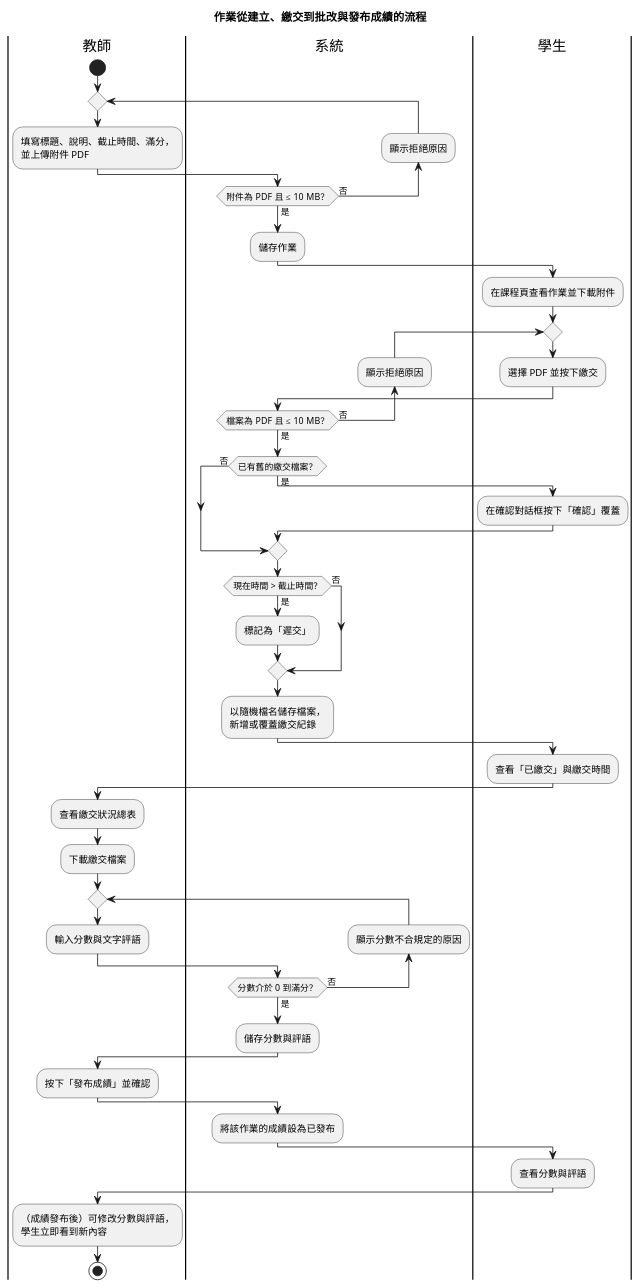
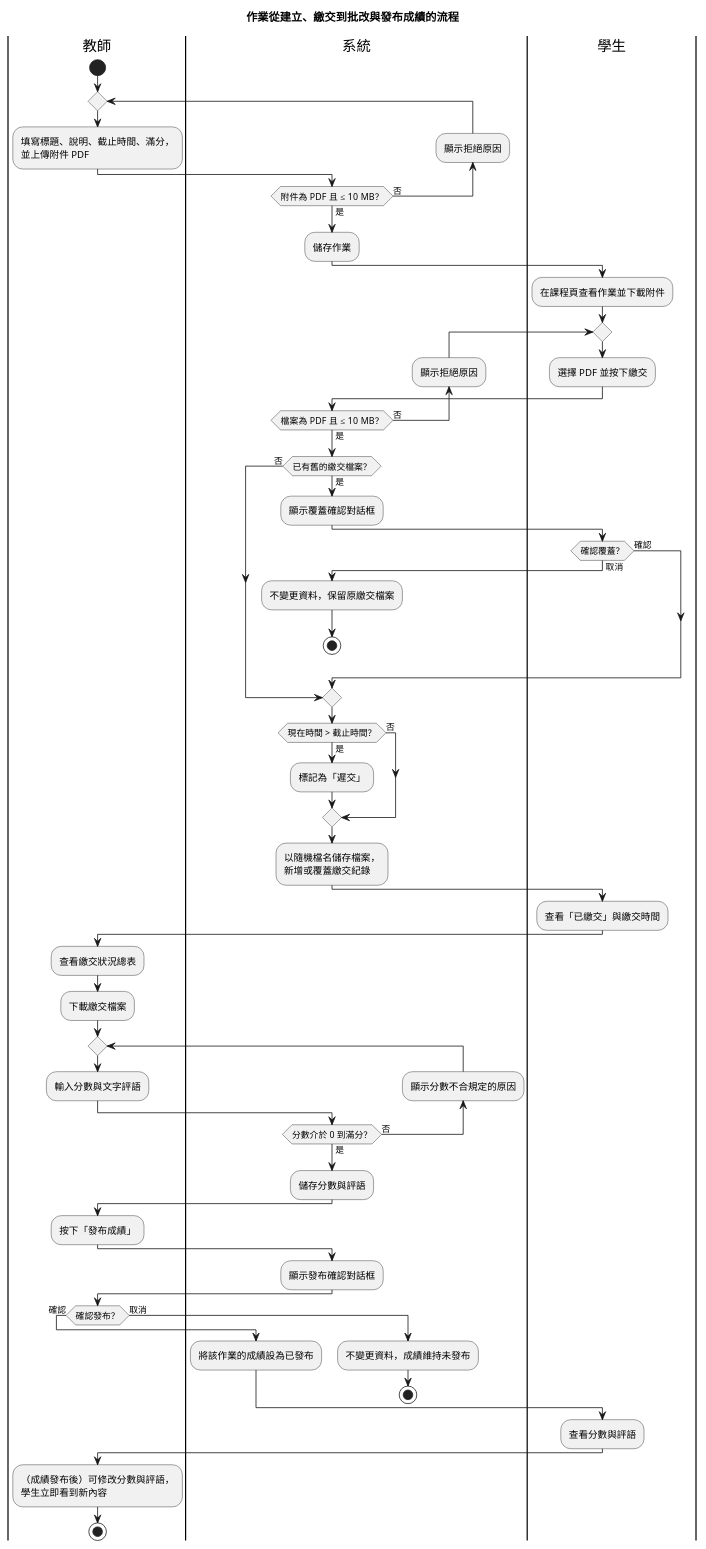
One commit to mini-moodle-team/mini-moodle-waterfall changed the diagram in uml/puml/activity.puml. Above: the diagram before and after it, drawn with PlantUML.

Commit message:
Edited activity.puml based on qa input

```diff
--- a/uml/puml/activity.puml
+++ b/uml/puml/activity.puml
@@ -1,53 +1,68 @@
 @startuml
 skinparam shadowing false
 title 作業從建立、繳交到批改與發布成績的流程
 |教師|
 start
 repeat
   :填寫標題、說明、截止時間、滿分，\n並上傳附件 PDF;
   |系統|
   backward:顯示拒絕原因;
 repeat while (附件為 PDF 且 ≤ 10 MB？) is (否) not (是)
 :儲存作業;
 
 |學生|
 :在課程頁查看作業並下載附件;
 repeat
   :選擇 PDF 並按下繳交;
   |系統|
   backward:顯示拒絕原因;
 repeat while (檔案為 PDF 且 ≤ 10 MB？) is (否) not (是)
 |系統|
 if (已有舊的繳交檔案？) then (是)
+  :顯示覆蓋確認對話框;
   |學生|
-  :在確認對話框按下「確認」覆蓋;
-  |系統|
+  if (確認覆蓋？) then (確認)
+    |系統|
+  else (取消)
+    |系統|
+    :不變更資料，保留原繳交檔案;
+    stop
+  endif
 else (否)
 endif
 if (現在時間 > 截止時間？) then (是)
   :標記為「遲交」;
 else (否)
 endif
 :以隨機檔名儲存檔案，\n新增或覆蓋繳交紀錄;
 |學生|
 :查看「已繳交」與繳交時間;
 
 |教師|
 :查看繳交狀況總表;
 :下載繳交檔案;
 repeat
   :輸入分數與文字評語;
   |系統|
   backward:顯示分數不合規定的原因;
 repeat while (分數介於 0 到滿分？) is (否) not (是)
 :儲存分數與評語;
 |教師|
-:按下「發布成績」並確認;
+:按下「發布成績」;
 |系統|
-:將該作業的成績設為已發布;
+:顯示發布確認對話框;
+|教師|
+if (確認發布？) then (確認)
+  |系統|
+  :將該作業的成績設為已發布;
+else (取消)
+  |系統|
+  :不變更資料，成績維持未發布;
+  stop
+endif
 |學生|
 :查看分數與評語;
 |教師|
 :（成績發布後）可修改分數與評語，\n學生立即看到新內容;
 stop
 @enduml
```
